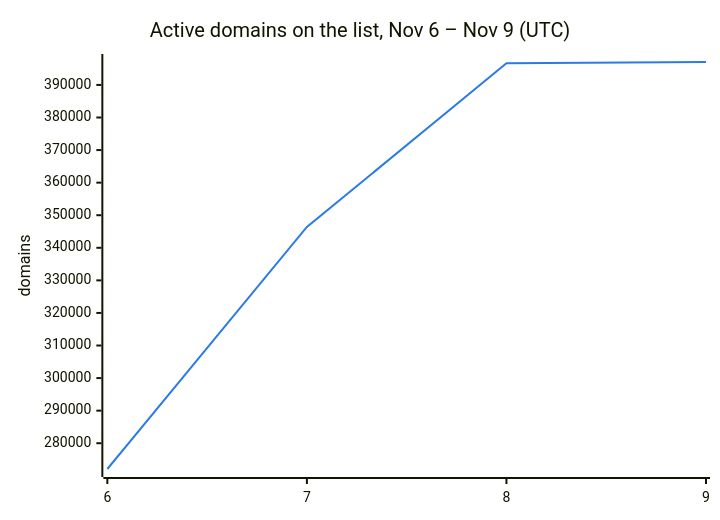
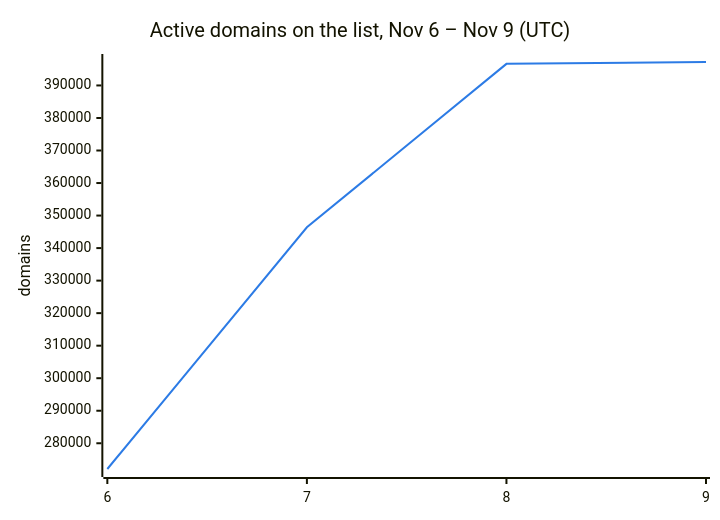
Before and after one commit to DNSBunker/CTI: the second of 3 diagrams in README.md, drawn with Mermaid. The commit also changed other lines of this file and 3 other files, not shown here.

````diff
--- a/README.md
+++ b/README.md
@@ -38,8 +38,8 @@
 ```mermaid
 %%{init: {"themeVariables": {"xyChart": {"plotColorPalette": "#2c7be5"}}}}%%
 xychart-beta
     title "Active domains on the list, Nov 6 – Nov 9 (UTC)"
     x-axis ["6", "7", "8", "9"]
     y-axis "domains"
-    line [272088, 346388, 396638, 397040]
+    line [272088, 346388, 396638, 397209]
 ```
````
